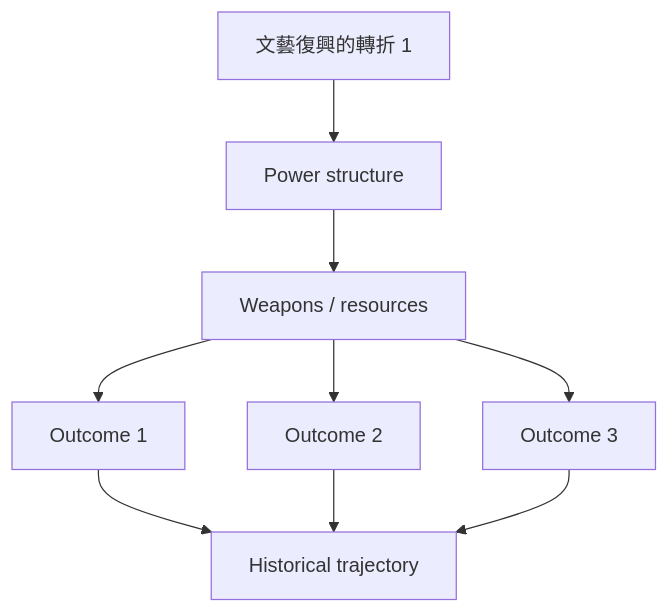
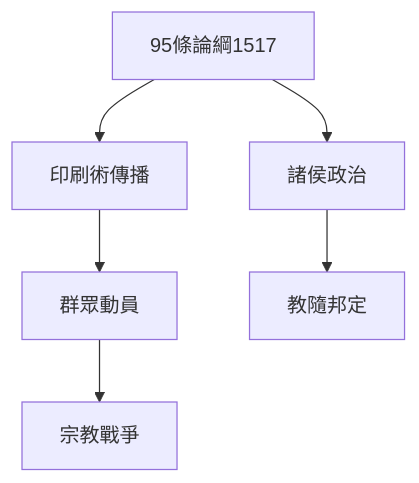
Before and after one commit to yip-lgtm/HKU-Harvard-History-Self-Study: the first of 10 diagrams in 02_Harvard_Courses/Fall_Courses/Hist55_Early_Modern_Europe.md, drawn with Mermaid. The commit also changed other lines of this file and 65 other files, not shown here.

````diff
--- a/02_Harvard_Courses/Fall_Courses/Hist55_Early_Modern_Europe.md
+++ b/02_Harvard_Courses/Fall_Courses/Hist55_Early_Modern_Europe.md
@@ -107,11 +86,8 @@
 ```mermaid
 graph TD
-    A[文藝復興的轉折 1] --> B[Power structure]
-    B --> C[Weapons / resources]
-    C --> D[Outcome 1]
-    C --> E[Outcome 2]
-    C --> F[Outcome 3]
-    D --> G[Historical trajectory]
-    E --> G
-    F --> G
+    A[95條論綱1517] --> B[印刷術傳播]
+    B --> C[群眾動員]
+    C --> D[宗教戰爭]
+    A --> E[諸侯政治]
+    E --> F[教隨邦定]
 ```
````
